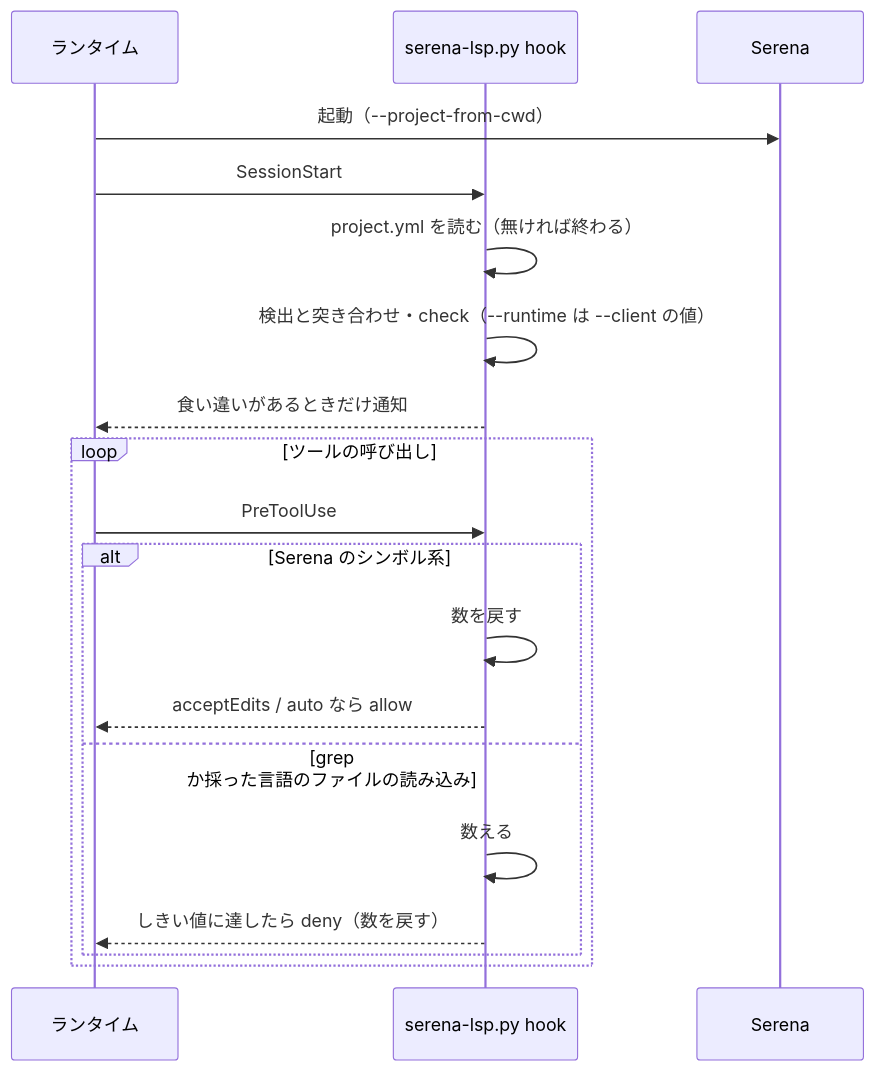
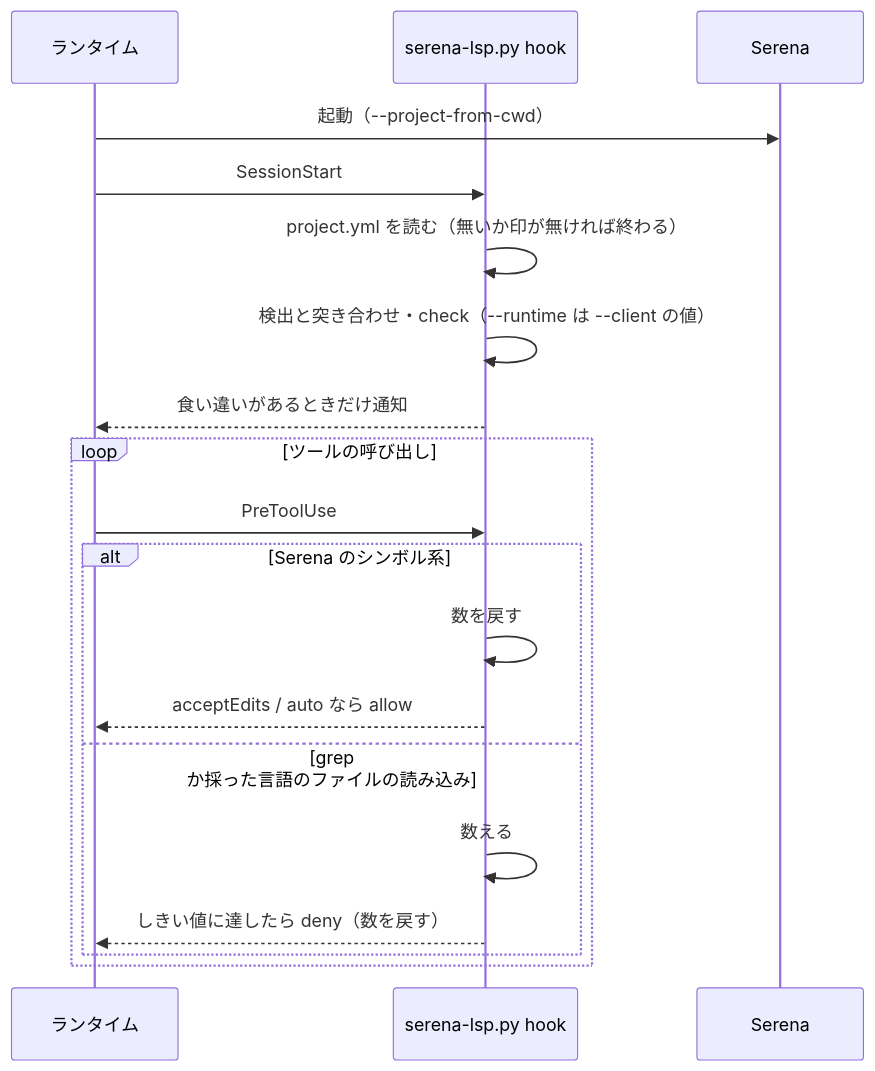
The fourth of 4 diagrams in issues/issue-818-design.md (devbasex/ai-plugins), drawn with Mermaid before and after one commit. The commit also changed other lines of this file and 3 other files, not shown here.

````diff
--- a/issues/issue-818-design.md
+++ b/issues/issue-818-design.md
@@ -440,21 +444,21 @@
 ```mermaid
 sequenceDiagram
   participant R as ランタイム
   participant H as serena-lsp.py hook
   participant S as Serena
   R->>S: 起動（--project-from-cwd）
   R->>H: SessionStart
-  H->>H: project.yml を読む（無ければ終わる）
+  H->>H: project.yml を読む（無いか印が無ければ終わる）
   H->>H: 検出と突き合わせ・check（--runtime は --client の値）
   H-->>R: 食い違いがあるときだけ通知
   loop ツールの呼び出し
     R->>H: PreToolUse
     alt Serena のシンボル系
       H->>H: 数を戻す
       H-->>R: acceptEdits / auto なら allow
     else grep か採った言語のファイルの読み込み
       H->>H: 数える
       H-->>R: しきい値に達したら deny（数を戻す）
     end
   end
 ```
````
